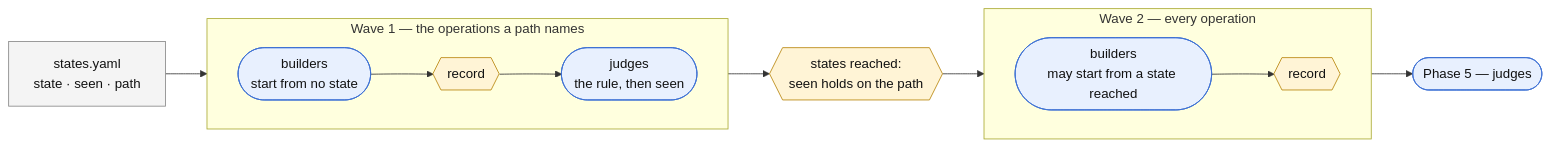
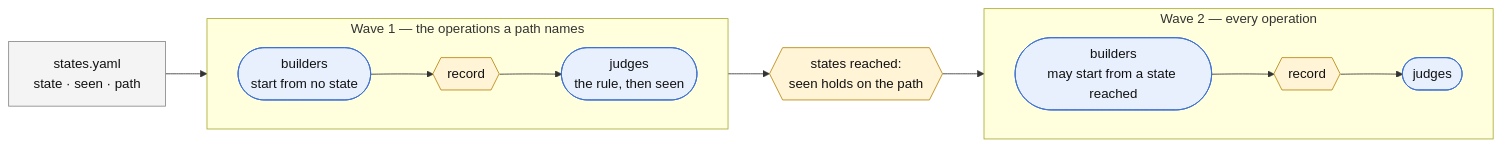
The second of 2 diagrams in docs/extraction-flow.md (defsquare/exspec), drawn with Mermaid before and after one commit. The commit also changed other lines of this file and 19 other files, not shown here.

````diff
--- a/docs/extraction-flow.md
+++ b/docs/extraction-flow.md
@@ -112,27 +107,25 @@
 ```mermaid
 flowchart LR
     S["states.yaml<br/>state · seen · path"]
 
     subgraph W1["Wave 1 — the operations a path names"]
         direction LR
         B1(["builders<br/>start from no state"]) --> T1{{"record"}} --> J1(["judges<br/>the rule, then seen"])
     end
 
     R{{"states reached:<br/>seen holds on the path"}}
 
     subgraph W2["Wave 2 — every operation"]
         direction LR
-        B2(["builders<br/>may start from a state reached"]) --> T2{{"record"}}
+        B2(["builders<br/>may start from a state reached"]) --> T2{{"record"}} --> J2(["judges"])
     end
 
-    J2(["Phase 5 — judges"])
-
-    S --> W1 --> R --> W2 --> J2
+    S --> W1 --> R --> W2
 
     classDef agent fill:#e8f0fe,stroke:#3b6fd4,color:#111;
     classDef tool fill:#fff4d6,stroke:#b8860b,color:#111;
     classDef file fill:#f4f4f4,stroke:#888,color:#111;
     class B1,B2,J1,J2 agent;
     class T1,T2,R tool;
     class S file;
 ```
````
